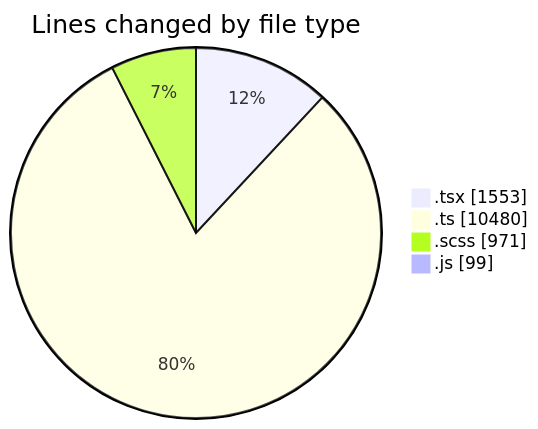
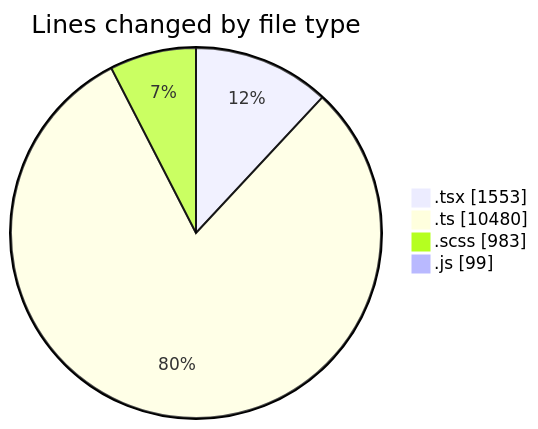
One commit to momahboobian/code-tracking changed the first of 2 diagrams in 2025-03-26/cda/README.md. Above: the diagram before and after it, drawn with Mermaid. The commit also changed other lines of this file and 1 other file, not shown here.

````diff
--- a/2025-03-26/cda/README.md
+++ b/2025-03-26/cda/README.md
@@ -44,8 +44,8 @@
 ```mermaid
 pie showData
 title Lines changed by file type
 ".tsx" : 1553
 ".ts" : 10480
-".scss" : 971
+".scss" : 983
 ".js" : 99
 ```
````
